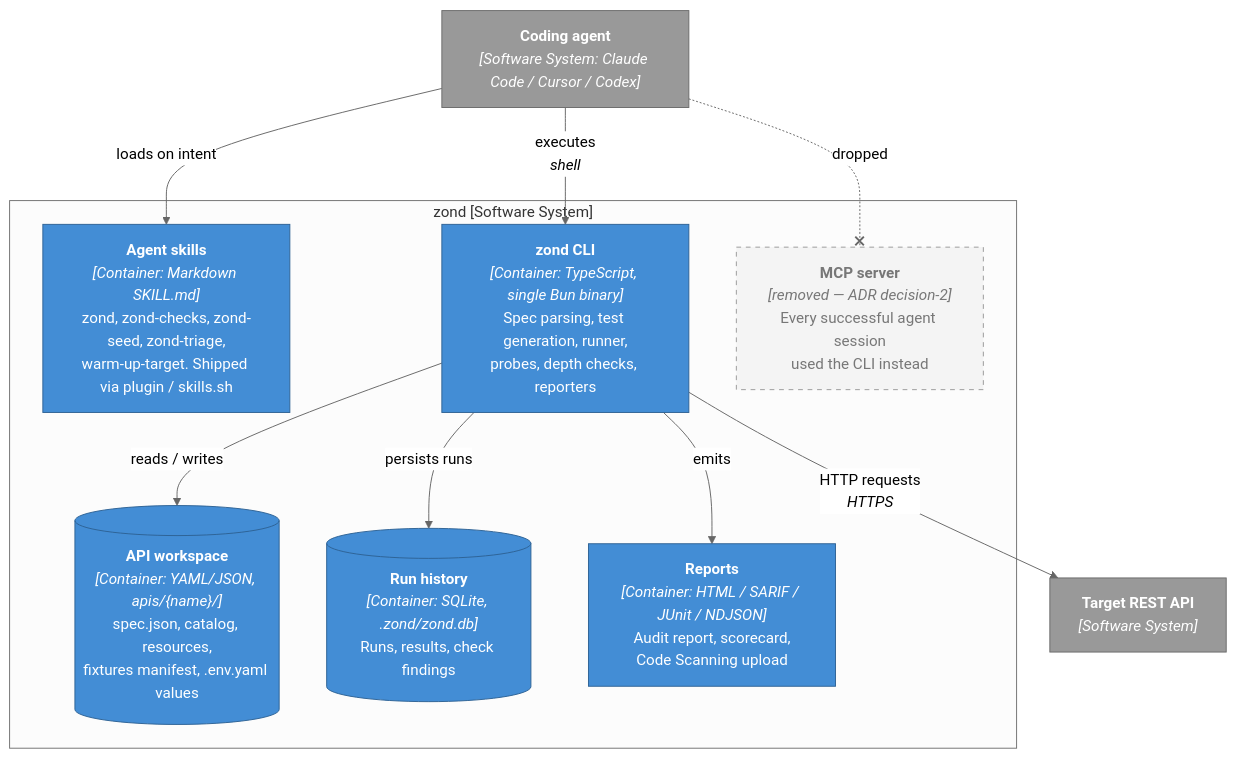
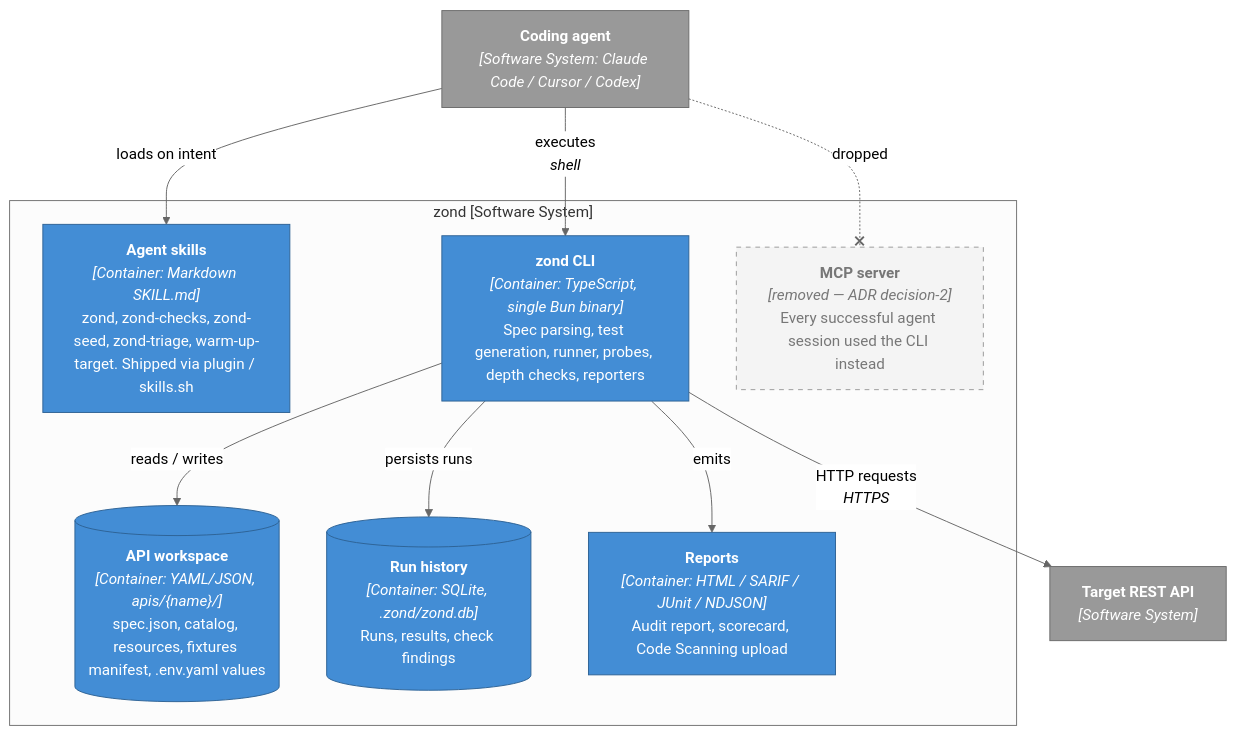
The second of 3 diagrams in docs/architecture.md (kirrosh/zond), drawn with Mermaid (neutral theme) before and after one commit. The commit also changed other lines of this file, not shown here.

Commit message:
docs: let mermaid wrap C4 node descriptions

````diff
--- a/docs/architecture.md
+++ b/docs/architecture.md
@@ -43,29 +43,29 @@
 ```mermaid
 flowchart TB
   classDef person fill:#08427b,stroke:#052e56,color:#fff
   classDef sys fill:#1168bd,stroke:#0b4884,color:#fff
   classDef cont fill:#438dd5,stroke:#2e6295,color:#fff
   classDef ext fill:#999,stroke:#6b6b6b,color:#fff
   classDef removed fill:#f4f4f4,stroke:#999,stroke-dasharray:5 5,color:#777
 
   agent["<b>Coding agent</b><br/><i>[Software System: Claude Code / Cursor / Codex]</i>"]:::ext
 
   subgraph zond ["zond [Software System]"]
-    skills["<b>Agent skills</b><br/><i>[Container: Markdown SKILL.md]</i><br/>zond, zond-checks, zond-seed, zond-triage,<br/>warm-up-target. Shipped via plugin / skills.sh"]:::cont
-    cli["<b>zond CLI</b><br/><i>[Container: TypeScript, single Bun binary]</i><br/>Spec parsing, test generation, runner,<br/>probes, depth checks, reporters"]:::cont
-    mcp["<b>MCP server</b><br/><i>[removed — ADR decision-2]</i><br/>Every successful agent session<br/>used the CLI instead"]:::removed
-    ws[("<b>API workspace</b><br/><i>[Container: YAML/JSON, apis/{name}/]</i><br/>spec.json, catalog, resources,<br/>fixtures manifest, .env.yaml values")]:::cont
+    skills["<b>Agent skills</b><br/><i>[Container: Markdown SKILL.md]</i><br/>zond, zond-checks, zond-seed, zond-triage, warm-up-target. Shipped via plugin / skills.sh"]:::cont
+    cli["<b>zond CLI</b><br/><i>[Container: TypeScript, single Bun binary]</i><br/>Spec parsing, test generation, runner, probes, depth checks, reporters"]:::cont
+    mcp["<b>MCP server</b><br/><i>[removed — ADR decision-2]</i><br/>Every successful agent session used the CLI instead"]:::removed
+    ws[("<b>API workspace</b><br/><i>[Container: YAML/JSON, apis/{name}/]</i><br/>spec.json, catalog, resources, fixtures manifest, .env.yaml values")]:::cont
     db[("<b>Run history</b><br/><i>[Container: SQLite, .zond/zond.db]</i><br/>Runs, results, check findings")]:::cont
-    reports["<b>Reports</b><br/><i>[Container: HTML / SARIF / JUnit / NDJSON]</i><br/>Audit report, scorecard,<br/>Code Scanning upload"]:::cont
+    reports["<b>Reports</b><br/><i>[Container: HTML / SARIF / JUnit / NDJSON]</i><br/>Audit report, scorecard, Code Scanning upload"]:::cont
   end
 
   api["<b>Target REST API</b><br/><i>[Software System]</i>"]:::ext
 
   agent -->|loads on intent| skills
   agent -->|executes<br/><i>shell</i>| cli
   agent -.-x|dropped| mcp
   cli -->|reads / writes| ws
   cli -->|persists runs| db
   cli -->|emits| reports
   cli -->|HTTP requests<br/><i>HTTPS</i>| api
 ```
````
